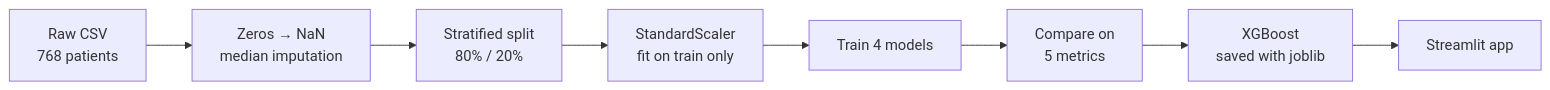
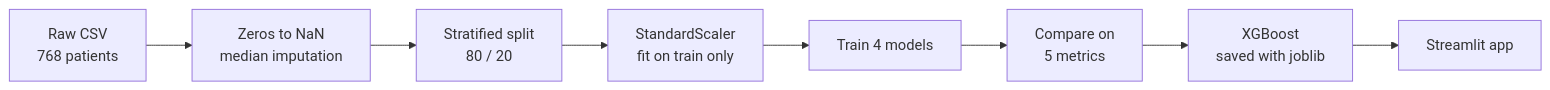
The diagram in README.md (Sawadogo-cmk/CodeAlpha_DiabetesPrediction), drawn with Mermaid before and after one commit.

Commit message:
Fix Mermaid pipeline diagram rendering on GitHub

````diff
--- a/README.md
+++ b/README.md
@@ -158,10 +158,10 @@
 ```mermaid
 flowchart LR
-    A[Raw CSV<br>768 patients] --> B[Zeros → NaN<br>median imputation]
-    B --> C[Stratified split<br>80% / 20%]
-    C --> D[StandardScaler<br>fit on train only]
-    D --> E[Train 4 models]
-    E --> F[Compare on<br>5 metrics]
-    F --> G[XGBoost<br>saved with joblib]
-    G --> H[Streamlit app]
+    A["Raw CSV<br/>768 patients"] --> B["Zeros to NaN<br/>median imputation"]
+    B --> C["Stratified split<br/>80 / 20"]
+    C --> D["StandardScaler<br/>fit on train only"]
+    D --> E["Train 4 models"]
+    E --> F["Compare on<br/>5 metrics"]
+    F --> G["XGBoost<br/>saved with joblib"]
+    G --> H["Streamlit app"]
 ```
````
